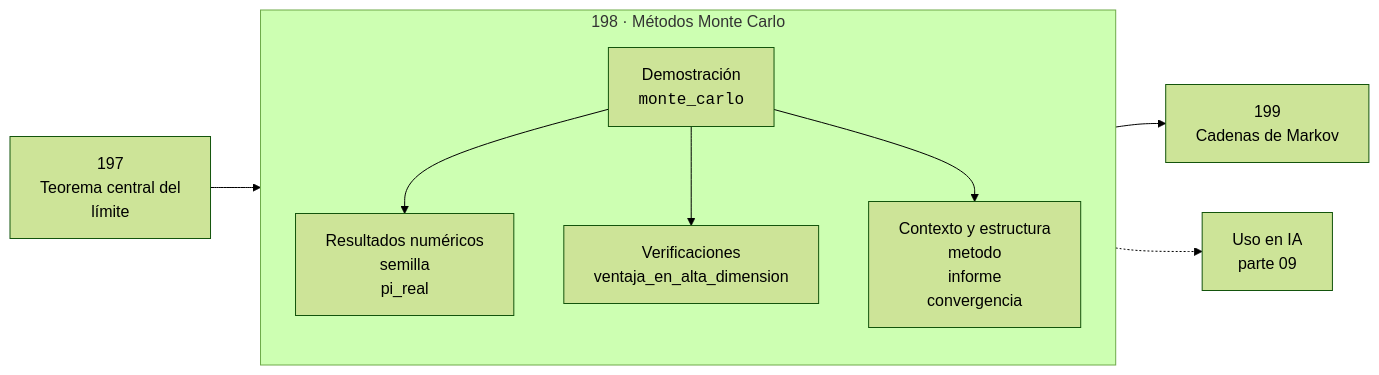
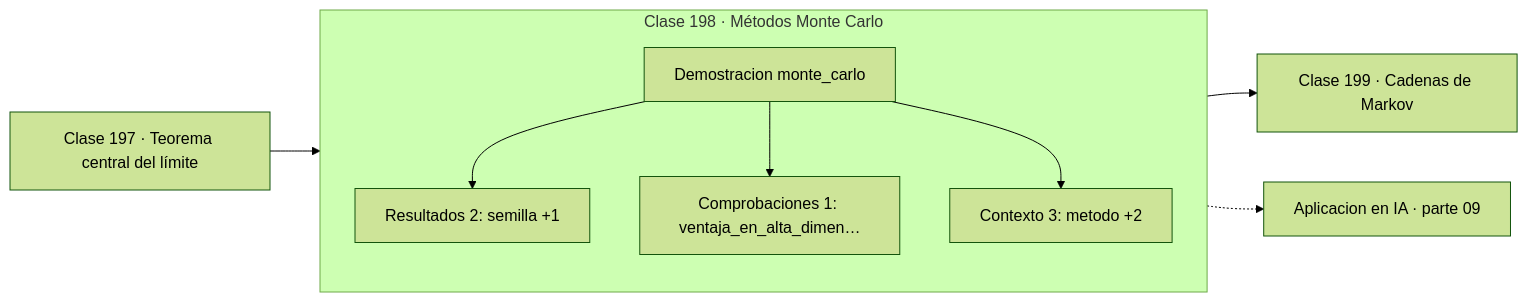
One commit to vladimiracunadev-create/computational-mathematics-program changed the diagram in classes/part-09-probabilidad-y-procesos-aleatorios/198-metodos-monte-carlo/README.md. Above: the diagram before and after it, drawn with Mermaid (forest theme). The commit also changed 389 other files, not shown here.

First line of the commit message:
fix(diagramas): elimina el HTML de las etiquetas Mermaid

````diff
--- a/classes/part-09-probabilidad-y-procesos-aleatorios/198-metodos-monte-carlo/README.md
+++ b/classes/part-09-probabilidad-y-procesos-aleatorios/198-metodos-monte-carlo/README.md
@@ -30,12 +30,13 @@
 ```mermaid
 flowchart LR
-    P["197<br/>Teorema central del<br/>límite"] --> C
-    subgraph C["198 · Métodos Monte Carlo"]
+    P["Clase 197 · Teorema central del límite"] --> D
+    subgraph CLASE["Clase 198 · Métodos Monte Carlo"]
         direction TB
-        D["Demostración<br/><code>monte_carlo</code>"] --> R["Resultados numéricos<br/>semilla<br/>pi_real"]
-        D --> V["Verificaciones<br/>ventaja_en_alta_dimension"]
-        D --> O["Contexto y estructura<br/>metodo<br/>informe<br/>convergencia"]
+        D["Demostracion monte_carlo"]
+        D --> R["Resultados 2: semilla +1"]
+        D --> V["Comprobaciones 1: ventaja_en_alta_dimen…"]
+        D --> O["Contexto 3: metodo +2"]
     end
-    C --> N["199<br/>Cadenas de Markov"]
-    C -.-> IA["Uso en IA<br/>parte 09"]
+    R --> N["Clase 199 · Cadenas de Markov"]
+    V -.-> IA["Aplicacion en IA · parte 09"]
 ```
````
